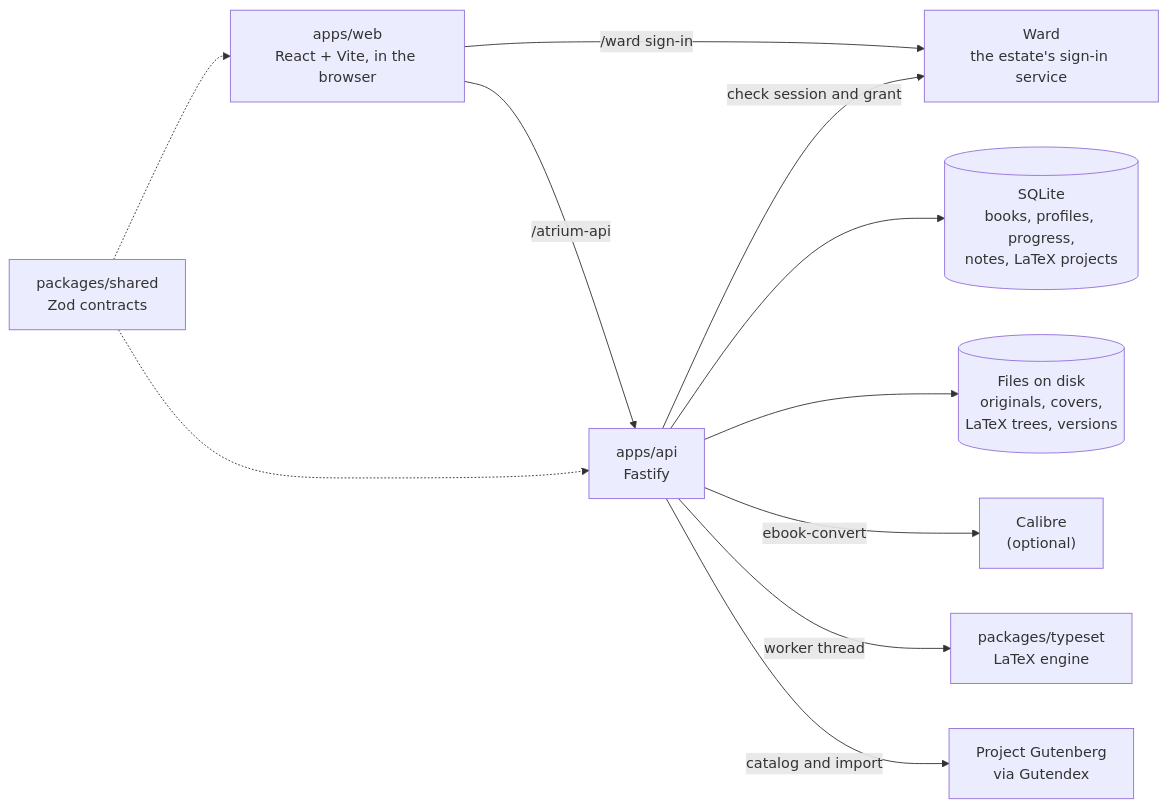
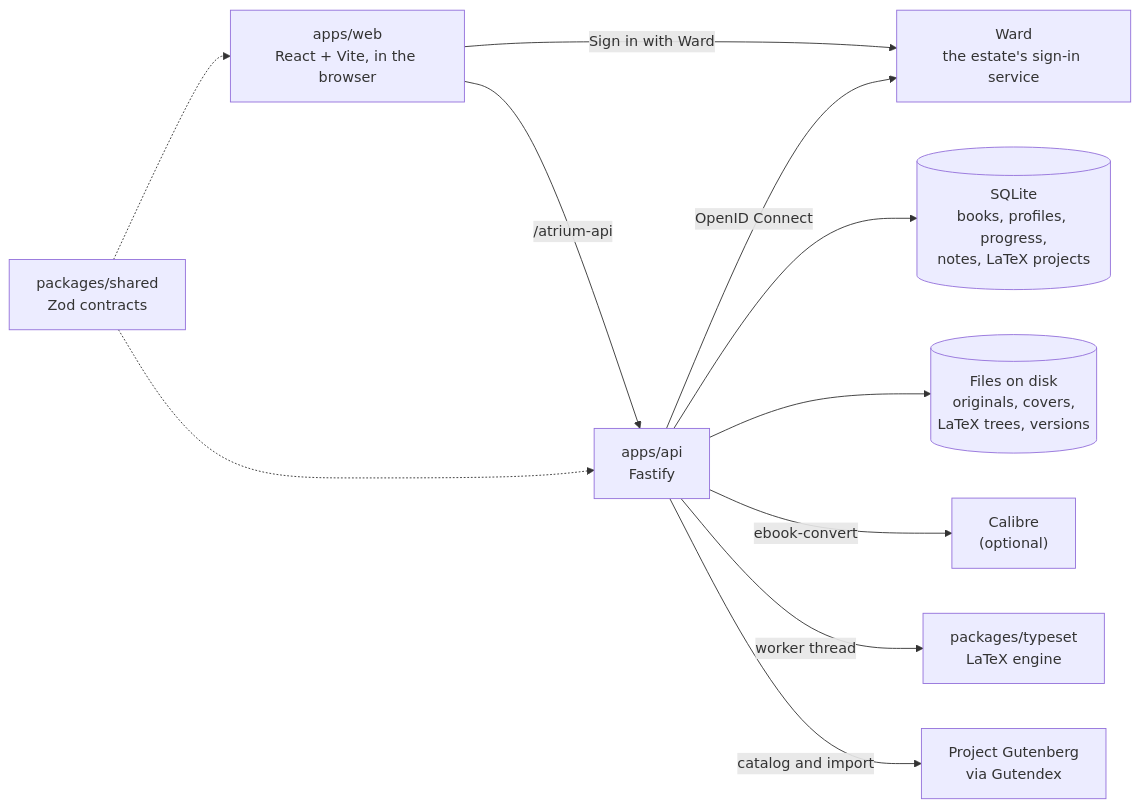
One commit to gandolh/atrium changed the diagram in docs/architecture.md. Above: the diagram before and after it, drawn with Mermaid. The commit also changed other lines of this file and 3 other files, not shown here.

````diff
--- a/docs/architecture.md
+++ b/docs/architecture.md
@@ -5,12 +5,12 @@
 ```mermaid
 flowchart LR
   browser["apps/web<br/>React + Vite, in the browser"] -->|/atrium-api| api["apps/api<br/>Fastify"]
-  browser -->|/ward sign-in| ward["Ward<br/>the estate's sign-in service"]
-  api -->|check session and grant| ward
+  browser -->|Sign in with Ward| ward["Ward<br/>the estate's sign-in service"]
+  api -->|OpenID Connect| ward
   api --> db[("SQLite<br/>books, profiles, progress,<br/>notes, LaTeX projects")]
   api --> disk[("Files on disk<br/>originals, covers,<br/>LaTeX trees, versions")]
   api -->|ebook-convert| calibre["Calibre<br/>(optional)"]
   api -->|worker thread| typeset["packages/typeset<br/>LaTeX engine"]
   api -->|catalog and import| gutenberg["Project Gutenberg<br/>via Gutendex"]
   shared["packages/shared<br/>Zod contracts"] -.-> browser & api
 ```
````
